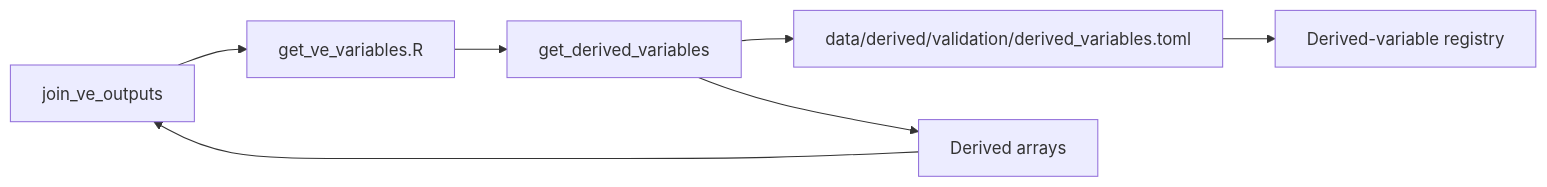
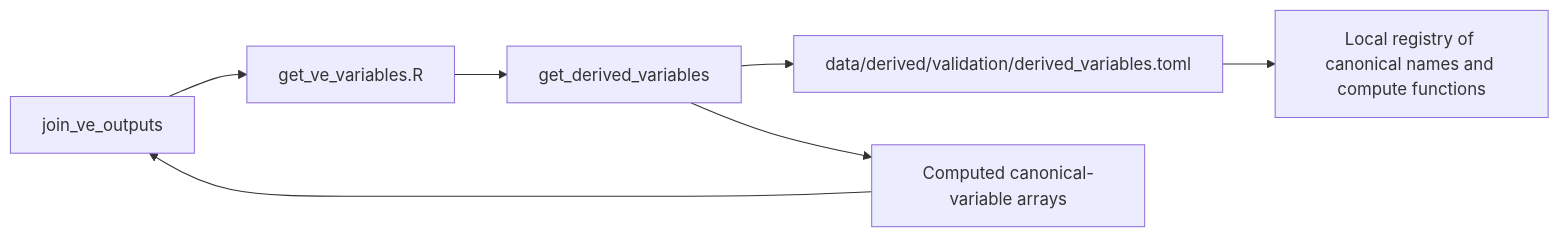
One commit to ImperialCollegeLondon/ve_data_science changed the third of 3 diagrams in docs/validation_database.md. Above: the diagram before and after it, drawn with Mermaid. The commit also changed other lines of this file, not shown here.

````diff
--- a/docs/validation_database.md
+++ b/docs/validation_database.md
@@ -416,9 +390,9 @@
 ```mermaid
 flowchart LR
   A[join_ve_outputs] --> B[get_ve_variables.R]
   B --> C[get_derived_variables]
   C --> D[data/derived/validation/derived_variables.toml]
-  D --> E[Derived-variable registry]
-  C --> F[Derived arrays]
+  D --> E[Local registry of canonical names and compute functions]
+  C --> F[Computed canonical-variable arrays]
   F --> A
 ```
````
